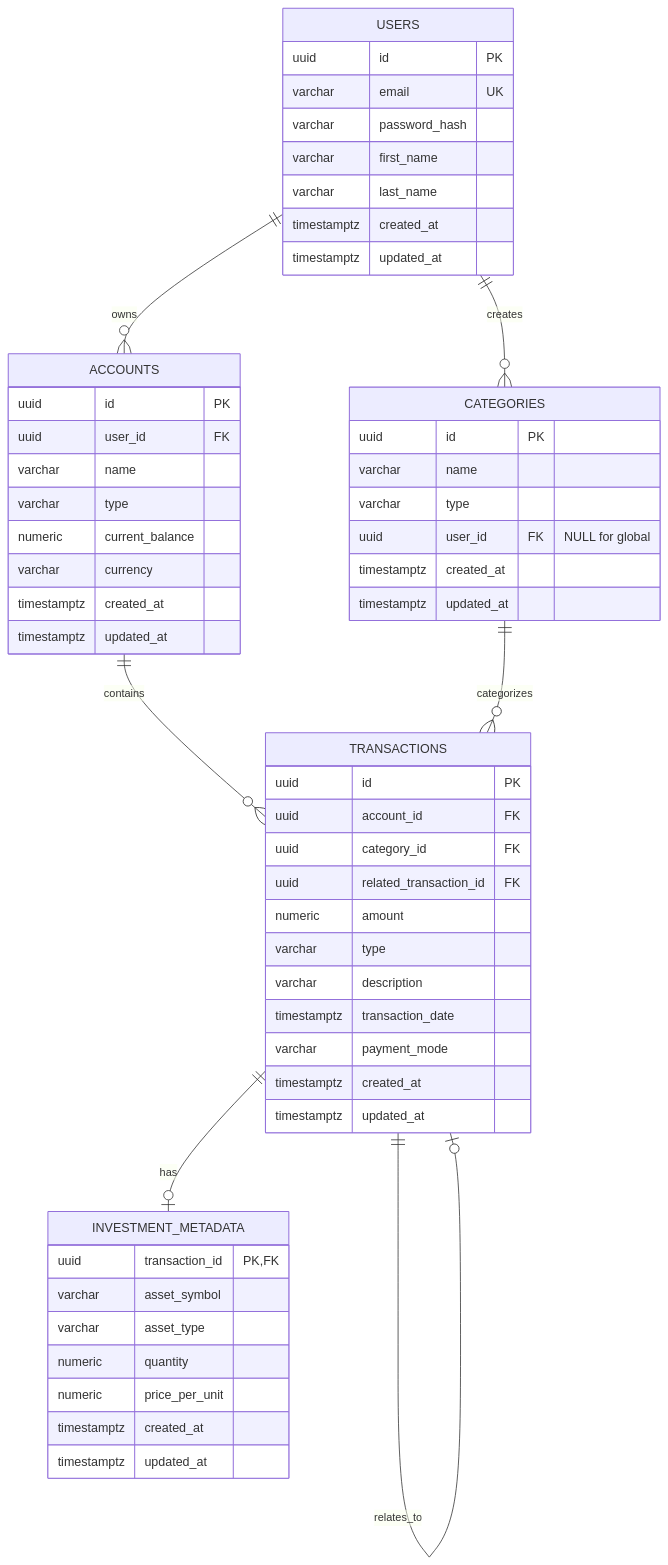
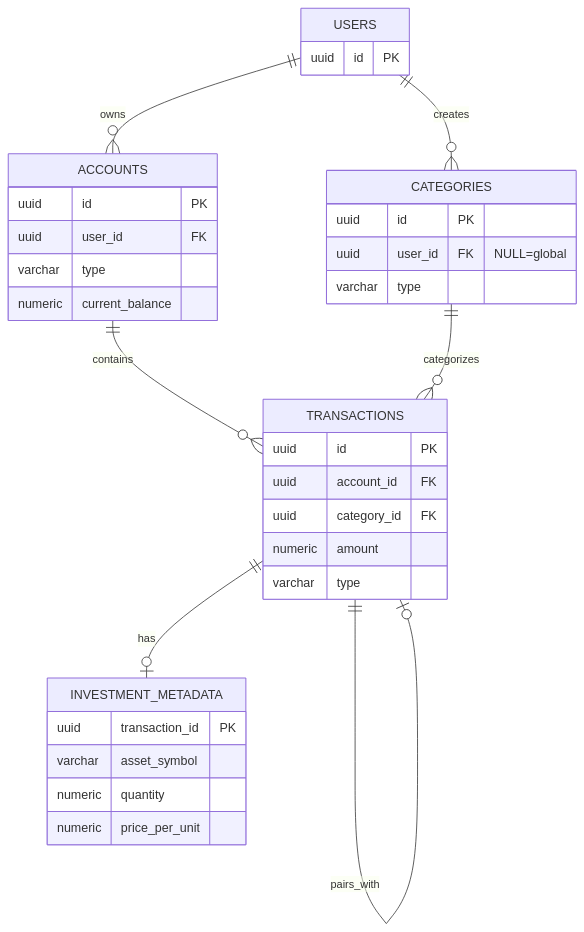
One commit to Adharsh-Rengarajan/finaltica changed the second of 2 diagrams in README.md. Above: the diagram before and after it, drawn with Mermaid. The commit also changed other lines of this file, not shown here.

````diff
--- a/README.md
+++ b/README.md
@@ -242,63 +28,15 @@
 ```mermaid
 erDiagram
     USERS ||--o{ ACCOUNTS : owns
     USERS ||--o{ CATEGORIES : creates
     ACCOUNTS ||--o{ TRANSACTIONS : contains
     CATEGORIES ||--o{ TRANSACTIONS : categorizes
     TRANSACTIONS ||--o| INVESTMENT_METADATA : has
-    TRANSACTIONS ||--o| TRANSACTIONS : relates_to
+    TRANSACTIONS ||--o| TRANSACTIONS : pairs_with
 
-    USERS {
-        uuid id PK
-        varchar email UK
-        varchar password_hash
-        varchar first_name
-        varchar last_name
-        timestamptz created_at
-        timestamptz updated_at
-    }
-
-    ACCOUNTS {
-        uuid id PK
-        uuid user_id FK
-        varchar name
-        varchar type
-        numeric current_balance
-        varchar currency
-        timestamptz created_at
-        timestamptz updated_at
-    }
-
-    CATEGORIES {
-        uuid id PK
-        varchar name
-        varchar type
-        uuid user_id FK "NULL for global"
-        timestamptz created_at
-        timestamptz updated_at
-    }
-
-    TRANSACTIONS {
-        uuid id PK
-        uuid account_id FK
-        uuid category_id FK
-        uuid related_transaction_id FK
-        numeric amount
-        varchar type
-        varchar description
-        timestamptz transaction_date
-        varchar payment_mode
-        timestamptz created_at
-        timestamptz updated_at
-    }
-
-    INVESTMENT_METADATA {
-        uuid transaction_id PK,FK
-        varchar asset_symbol
-        varchar asset_type
-        numeric quantity
-        numeric price_per_unit
-        timestamptz created_at
-        timestamptz updated_at
-    }
+    USERS { uuid id PK }
+    ACCOUNTS { uuid id PK uuid user_id FK varchar type numeric current_balance }
+    CATEGORIES { uuid id PK uuid user_id FK "NULL=global" varchar type }
+    TRANSACTIONS { uuid id PK uuid account_id FK uuid category_id FK numeric amount varchar type }
+    INVESTMENT_METADATA { uuid transaction_id PK varchar asset_symbol numeric quantity numeric price_per_unit }
 ```
````
